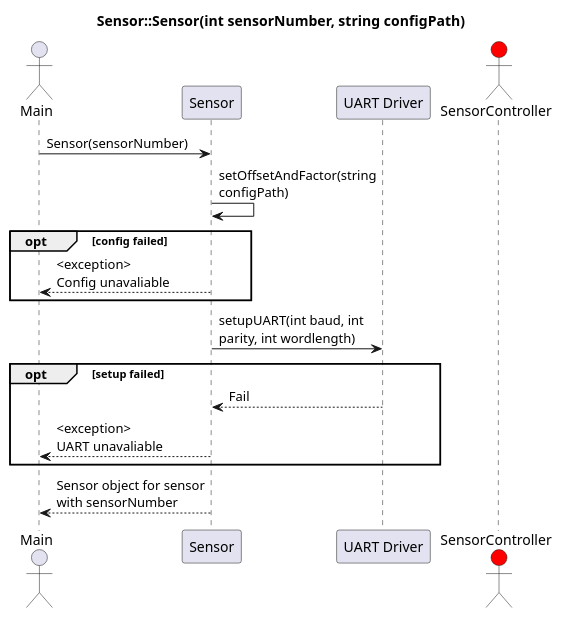
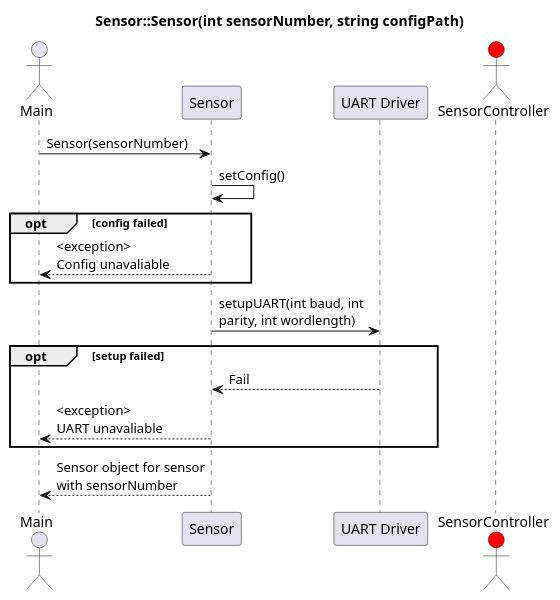
The diagram in Design/SE/SensorController Driver/SD_Constructor.puml (Solvgraa-mager/E4PRJ4), drawn with PlantUML before and after one commit. The commit also changed 15 other files, not shown here.

```diff
--- a/Design/SE/SensorController Driver/SD_Constructor.puml
+++ b/Design/SE/SensorController Driver/SD_Constructor.puml
@@ -1,25 +1,25 @@
 @startuml SD_SensorControllerDriverConstructor
 title Sensor::Sensor(int sensorNumber, string configPath)
 
 skinparam MaxMessageSize 150
 
 actor Main as Main
 participant Sensor as SD
 participant "UART Driver" as UART
 actor SensorController as SC #red
 
 Main -> SD : Sensor(sensorNumber)
-SD -> SD : setOffsetAndFactor(string configPath)
+SD -> SD : setConfig()
 opt config failed
 SD --> Main : <exception> \nConfig unavaliable
 end opt
 SD -> UART : setupUART(int baud, int parity, int wordlength)
 opt setup failed
 UART --> SD : Fail
 SD --> Main : <exception> \nUART unavaliable
 end opt
 SD --> Main : Sensor object for sensor with sensorNumber
 
 
 
 @enduml
```
